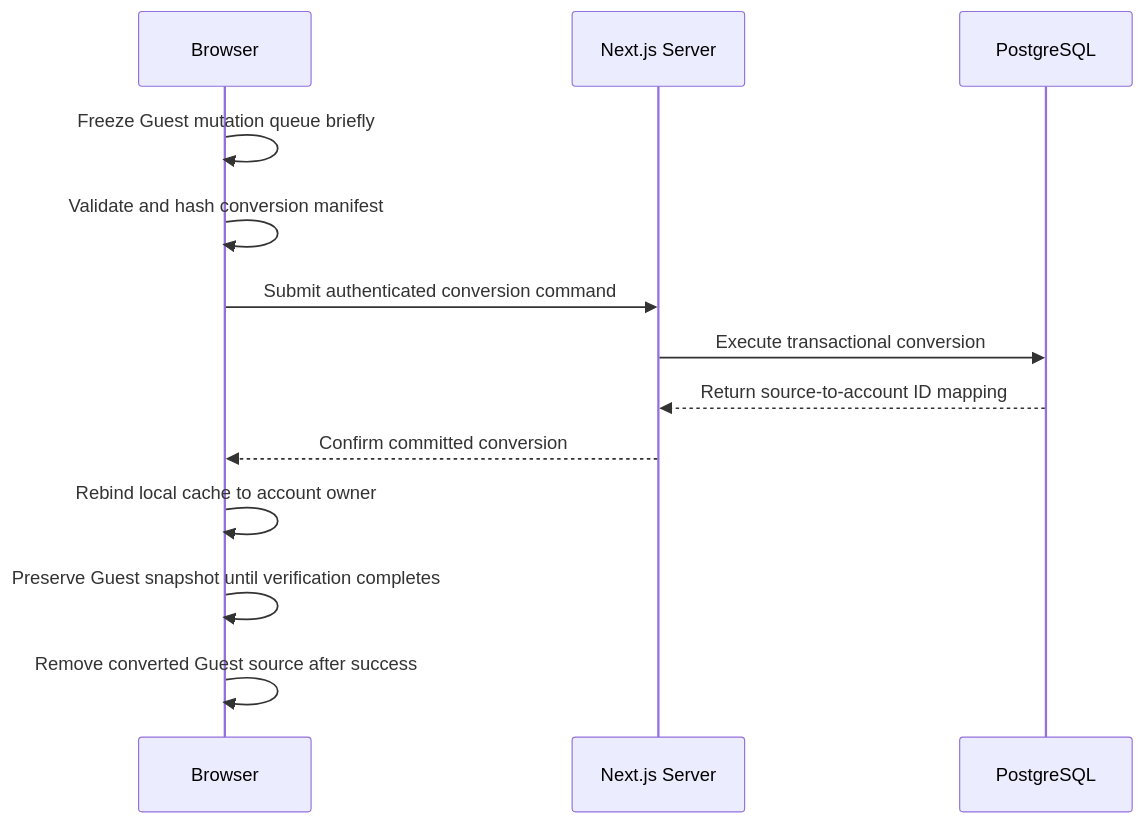
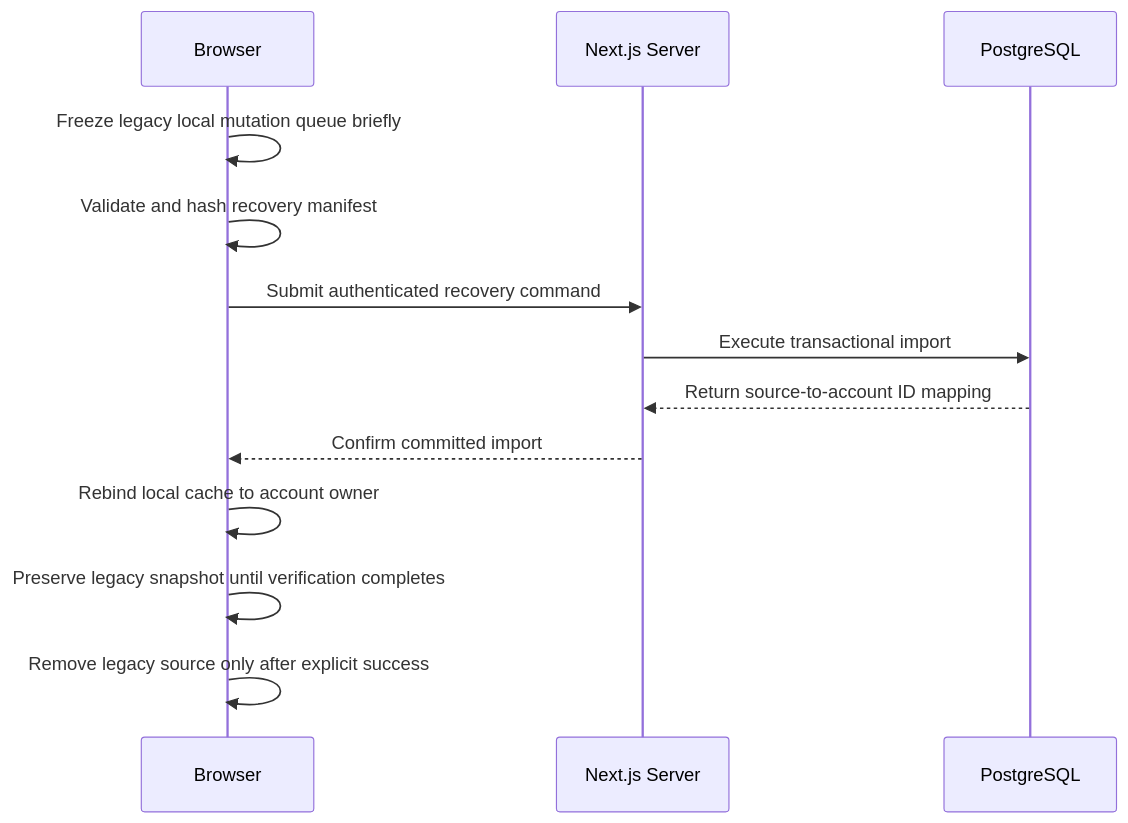
One commit to farzah14/recovery-first changed the fifth of 6 diagrams in docs/specs/TECHNICAL-DESIGN.md. Above: the diagram before and after it, drawn with Mermaid. The commit also changed other lines of this file and 9 other files, not shown here.

````diff
--- a/docs/specs/TECHNICAL-DESIGN.md
+++ b/docs/specs/TECHNICAL-DESIGN.md
@@ -1620,16 +1620,16 @@
 ```mermaid
 sequenceDiagram
     participant B as Browser
     participant W as Next.js Server
     participant D as PostgreSQL
 
-    B->>B: Freeze Guest mutation queue briefly
-    B->>B: Validate and hash conversion manifest
-    B->>W: Submit authenticated conversion command
-    W->>D: Execute transactional conversion
+    B->>B: Freeze legacy local mutation queue briefly
+    B->>B: Validate and hash recovery manifest
+    B->>W: Submit authenticated recovery command
+    W->>D: Execute transactional import
     D-->>W: Return source-to-account ID mapping
-    W-->>B: Confirm committed conversion
+    W-->>B: Confirm committed import
     B->>B: Rebind local cache to account owner
-    B->>B: Preserve Guest snapshot until verification completes
-    B->>B: Remove converted Guest source after success
+    B->>B: Preserve legacy snapshot until verification completes
+    B->>B: Remove legacy source only after explicit success
 ```
````
